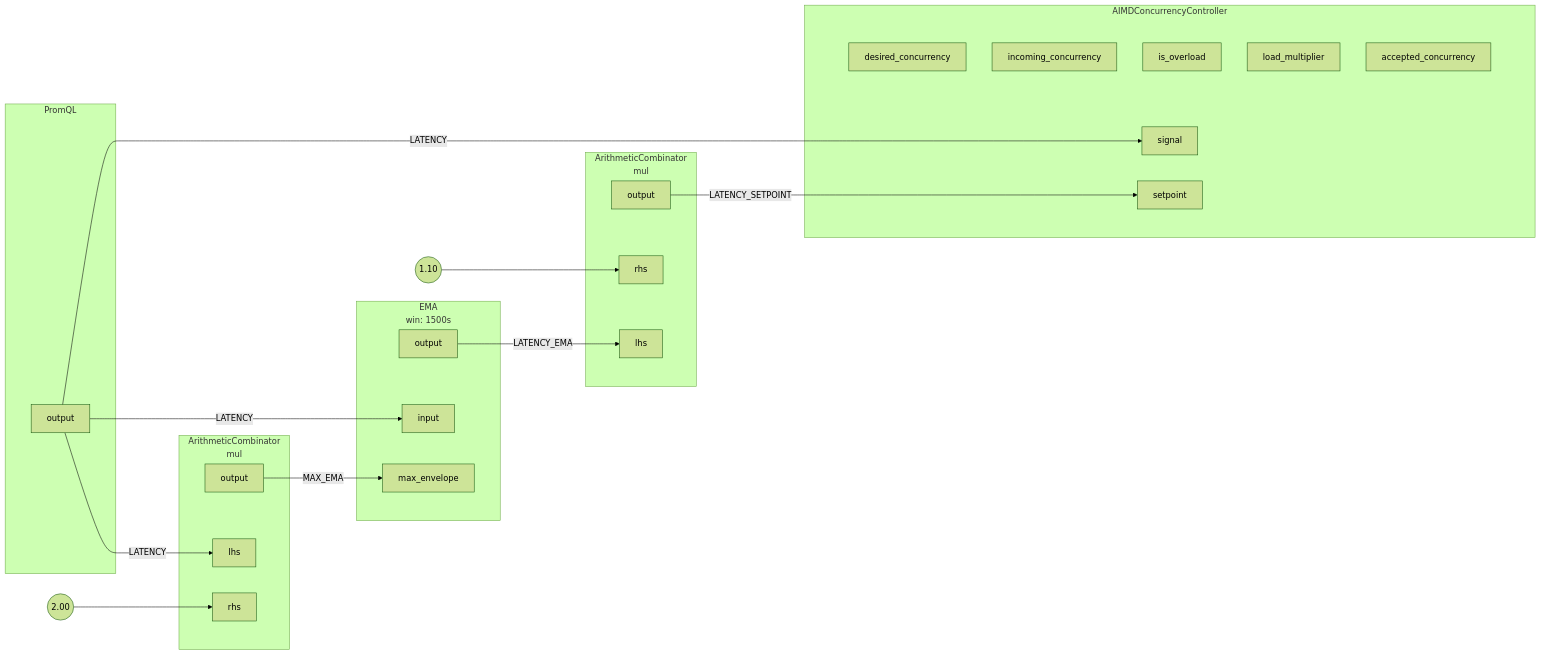
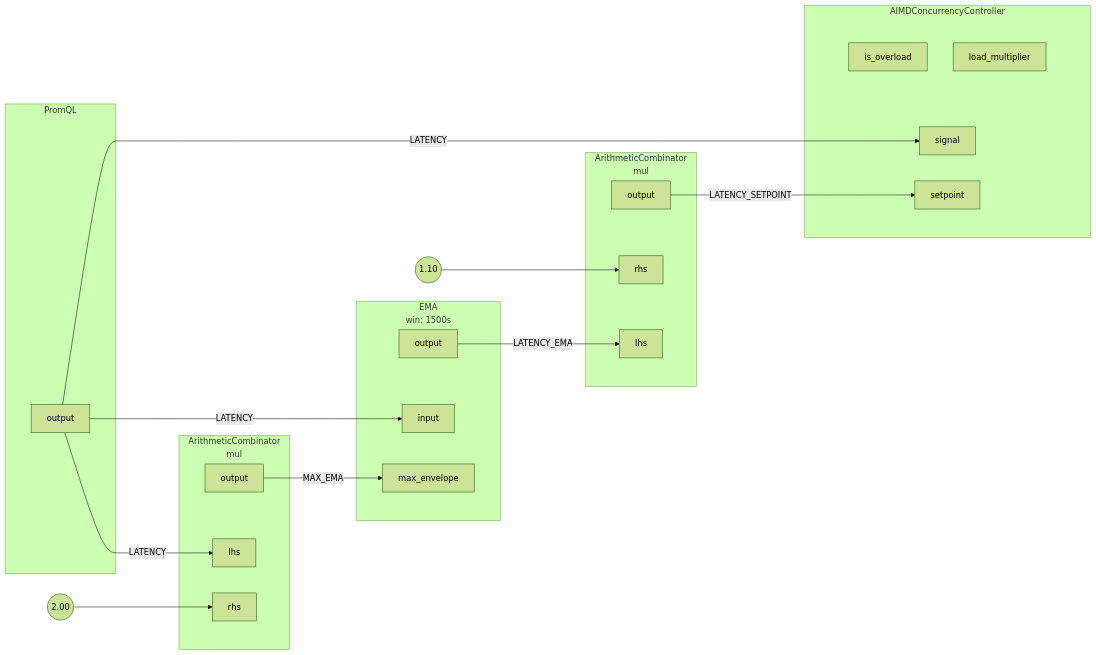
Before and after one commit to dataongunlaws/aperture: the diagram in docs/content/tutorials/integrations/flow-control/concurrency-limiting/assets/basic-concurrency-limiting/basic-concurrency-limiting.mmd, drawn with Mermaid (forest theme). The commit also changed 28 other files, not shown here.

```diff
--- a/docs/content/tutorials/integrations/flow-control/concurrency-limiting/assets/basic-concurrency-limiting/basic-concurrency-limiting.mmd
+++ b/docs/content/tutorials/integrations/flow-control/concurrency-limiting/assets/basic-concurrency-limiting/basic-concurrency-limiting.mmd
@@ -1,65 +1,62 @@
 flowchart LR
 subgraph root.0[PromQL]
 subgraph root.0_outports[ ]
 style root.0_outports fill:none,stroke:none
 root.0output[output]
 end
 end
 subgraph root.1[<center>ArithmeticCombinator<br/>mul</center>]
 subgraph root.1_inports[ ]
 style root.1_inports fill:none,stroke:none
 root.1lhs[lhs]
 root.1rhs[rhs]
 end
 subgraph root.1_outports[ ]
 style root.1_outports fill:none,stroke:none
 root.1output[output]
 end
 end
 FakeConstant0((2.00))
 FakeConstant0 --> root.1rhs
 subgraph root.2[<center>ArithmeticCombinator<br/>mul</center>]
 subgraph root.2_inports[ ]
 style root.2_inports fill:none,stroke:none
+root.2rhs[rhs]
 root.2lhs[lhs]
-root.2rhs[rhs]
 end
 subgraph root.2_outports[ ]
 style root.2_outports fill:none,stroke:none
 root.2output[output]
 end
 end
 FakeConstant1((1.10))
 FakeConstant1 --> root.2rhs
 subgraph root.3[<center>EMA<br/>win: 1500s</center>]
 subgraph root.3_inports[ ]
 style root.3_inports fill:none,stroke:none
+root.3input[input]
 root.3max_envelope[max_envelope]
-root.3input[input]
 end
 subgraph root.3_outports[ ]
 style root.3_outports fill:none,stroke:none
 root.3output[output]
 end
 end
 subgraph root.4[AIMDConcurrencyController]
 subgraph root.4_inports[ ]
 style root.4_inports fill:none,stroke:none
 root.4setpoint[setpoint]
 root.4signal[signal]
 end
 subgraph root.4_outports[ ]
 style root.4_outports fill:none,stroke:none
-root.4desired_concurrency[desired_concurrency]
-root.4incoming_concurrency[incoming_concurrency]
 root.4is_overload[is_overload]
 root.4load_multiplier[load_multiplier]
-root.4accepted_concurrency[accepted_concurrency]
 end
 end
+root.2output --> |LATENCY_SETPOINT| root.4setpoint
+root.3output --> |LATENCY_EMA| root.2lhs
 root.0output --> |LATENCY| root.1lhs
 root.0output --> |LATENCY| root.3input
 root.0output --> |LATENCY| root.4signal
 root.1output --> |MAX_EMA| root.3max_envelope
-root.2output --> |LATENCY_SETPOINT| root.4setpoint
-root.3output --> |LATENCY_EMA| root.2lhs
```
